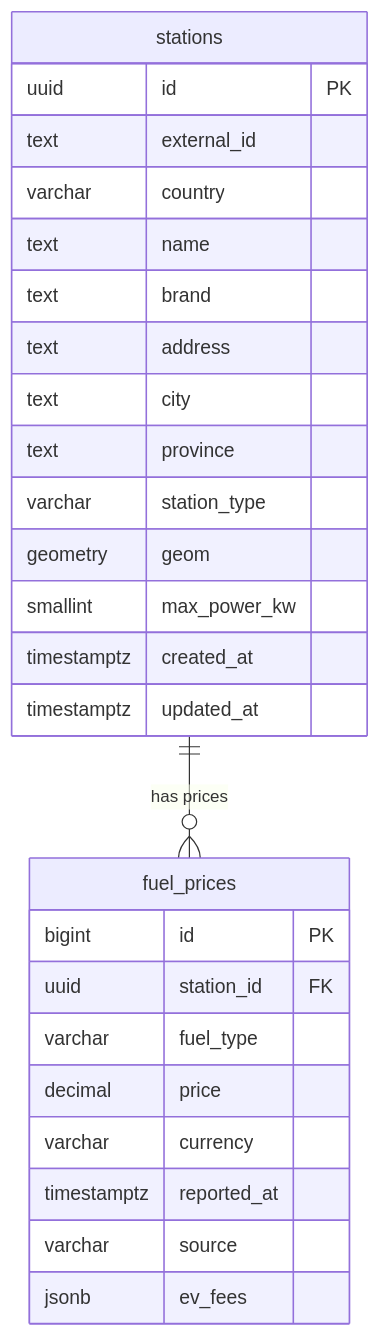
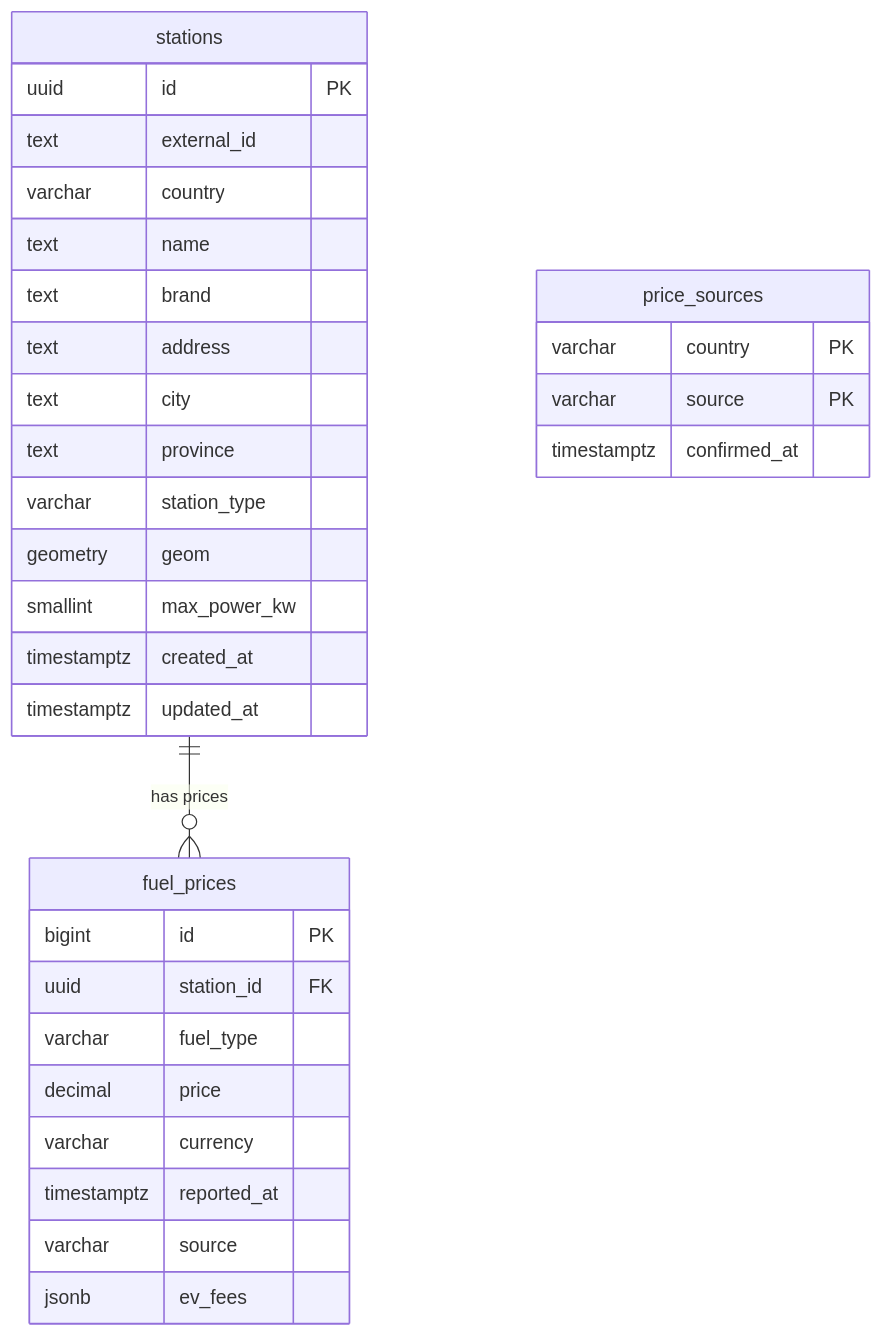
Before and after one commit to GeiserX/Pumperly: the diagram in docs/reference/data-model.md, drawn with Mermaid. The commit also changed other lines of this file and 40 other files, not shown here.

````diff
--- a/docs/reference/data-model.md
+++ b/docs/reference/data-model.md
@@ -10,29 +11,34 @@
 ```mermaid
 erDiagram
     stations ||--o{ fuel_prices : "has prices"
     stations {
         uuid id PK
         text external_id
         varchar country
         text name
         text brand
         text address
         text city
         text province
         varchar station_type
         geometry geom
         smallint max_power_kw
         timestamptz created_at
         timestamptz updated_at
     }
     fuel_prices {
         bigint id PK
         uuid station_id FK
         varchar fuel_type
         decimal price
         varchar currency
         timestamptz reported_at
         varchar source
         jsonb ev_fees
     }
+    price_sources {
+        varchar country PK
+        varchar source PK
+        timestamptz confirmed_at
+    }
 ```
````
